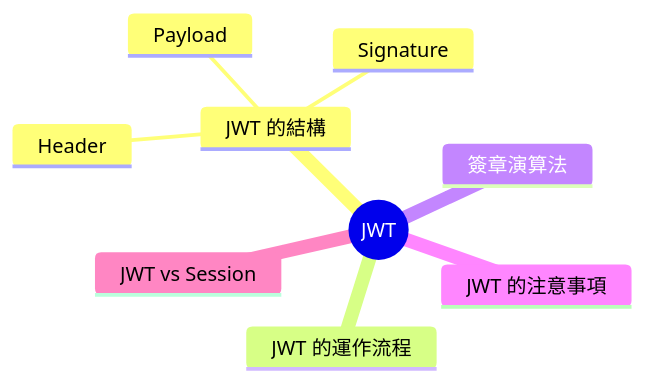
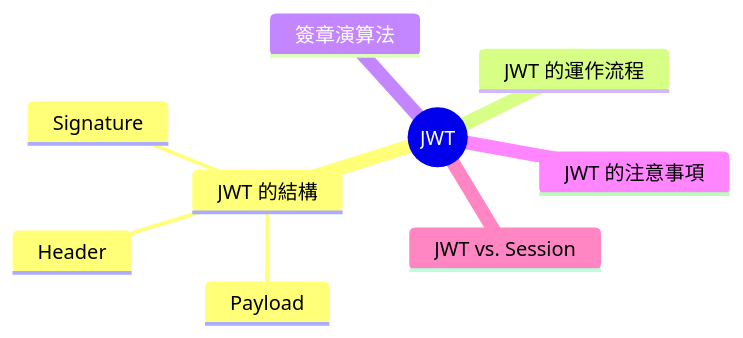
The first of 2 diagrams in src/posts/zh-TW/network-jwt.mdx (Charmying/blog), drawn with Mermaid before and after one commit. The commit also changed other lines of this file and 41 other files, not shown here.

````diff
--- a/src/posts/zh-TW/network-jwt.mdx
+++ b/src/posts/zh-TW/network-jwt.mdx
@@ -12,12 +12,12 @@
 ```mermaid
 mindmap
     root((JWT))
         JWT 的結構
             Header
             Payload
             Signature
         JWT 的運作流程
         簽章演算法
         JWT 的注意事項
-        JWT vs Session
+        JWT vs. Session
 ```
````
